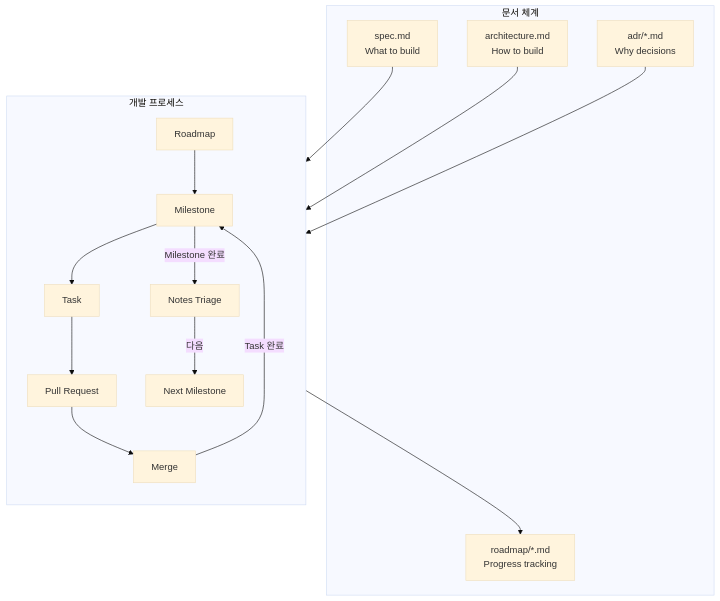
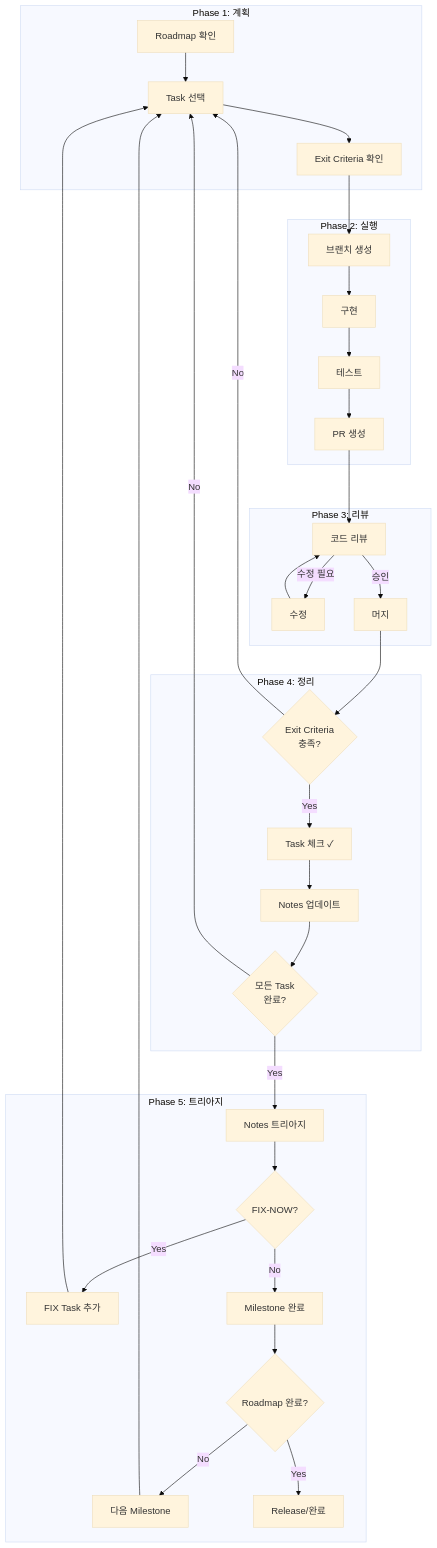
The second of 10 diagrams in docs/workflow.md (cagojeiger/code-hub), drawn with Mermaid (base theme) before and after one commit. The commit also changed other lines of this file, not shown here.

First line of the commit message:
docs(workflow): improve process structure and fix logical issues

````diff
--- a/docs/workflow.md
+++ b/docs/workflow.md
@@ -9,25 +51,56 @@
 ```mermaid
 flowchart TB
-    subgraph Documents["문서 체계"]
-        SPEC[spec.md<br/>What to build]
-        ARCH[architecture.md<br/>How to build]
-        ADR[adr/*.md<br/>Why decisions]
-        ROADMAP[roadmap/*.md<br/>Progress tracking]
+    subgraph Phase1["Phase 1: 계획"]
+        ROADMAP_CHECK[Roadmap 확인]
+        TASK_SELECT[Task 선택]
+        EXIT_CONFIRM[Exit Criteria 확인]
     end
 
-    subgraph Process["개발 프로세스"]
-        direction TB
-        R[Roadmap] --> M[Milestone]
-        M --> T[Task]
-        T --> PR[Pull Request]
-        PR --> MERGE[Merge]
-        MERGE --> |Task 완료| M
-        M --> |Milestone 완료| TRIAGE[Notes Triage]
-        TRIAGE --> |다음| M2[Next Milestone]
+    subgraph Phase2["Phase 2: 실행"]
+        BRANCH[브랜치 생성]
+        IMPL[구현]
+        TEST[테스트]
+        PR_CREATE[PR 생성]
     end
 
-    SPEC --> T
-    ARCH --> T
-    ADR --> T
-    T --> ROADMAP
+    subgraph Phase3["Phase 3: 리뷰"]
+        REVIEW[코드 리뷰]
+        FIX[수정]
+        MERGE[머지]
+    end
+
+    subgraph Phase4["Phase 4: 정리"]
+        EXIT_MET{Exit Criteria<br/>충족?}
+        TASK_CHECK[Task 체크 ✓]
+        NOTES_UPDATE[Notes 업데이트]
+        ALL_DONE{모든 Task<br/>완료?}
+    end
+
+    subgraph Phase5["Phase 5: 트리아지"]
+        TRIAGE[Notes 트리아지]
+        FIX_NOW{FIX-NOW?}
+        FIX_TASK[FIX Task 추가]
+        MS_DONE[Milestone 완료]
+        ROADMAP_DONE{Roadmap 완료?}
+        NEXT_MS[다음 Milestone]
+        RELEASE[Release/완료]
+    end
+
+    ROADMAP_CHECK --> TASK_SELECT --> EXIT_CONFIRM --> BRANCH
+    BRANCH --> IMPL --> TEST --> PR_CREATE --> REVIEW
+    REVIEW -->|수정 필요| FIX --> REVIEW
+    REVIEW -->|승인| MERGE
+
+    MERGE --> EXIT_MET
+    EXIT_MET -->|No| TASK_SELECT
+    EXIT_MET -->|Yes| TASK_CHECK --> NOTES_UPDATE --> ALL_DONE
+
+    ALL_DONE -->|No| TASK_SELECT
+    ALL_DONE -->|Yes| TRIAGE
+
+    TRIAGE --> FIX_NOW
+    FIX_NOW -->|Yes| FIX_TASK --> TASK_SELECT
+    FIX_NOW -->|No| MS_DONE --> ROADMAP_DONE
+    ROADMAP_DONE -->|No| NEXT_MS --> TASK_SELECT
+    ROADMAP_DONE -->|Yes| RELEASE
 ```
````
